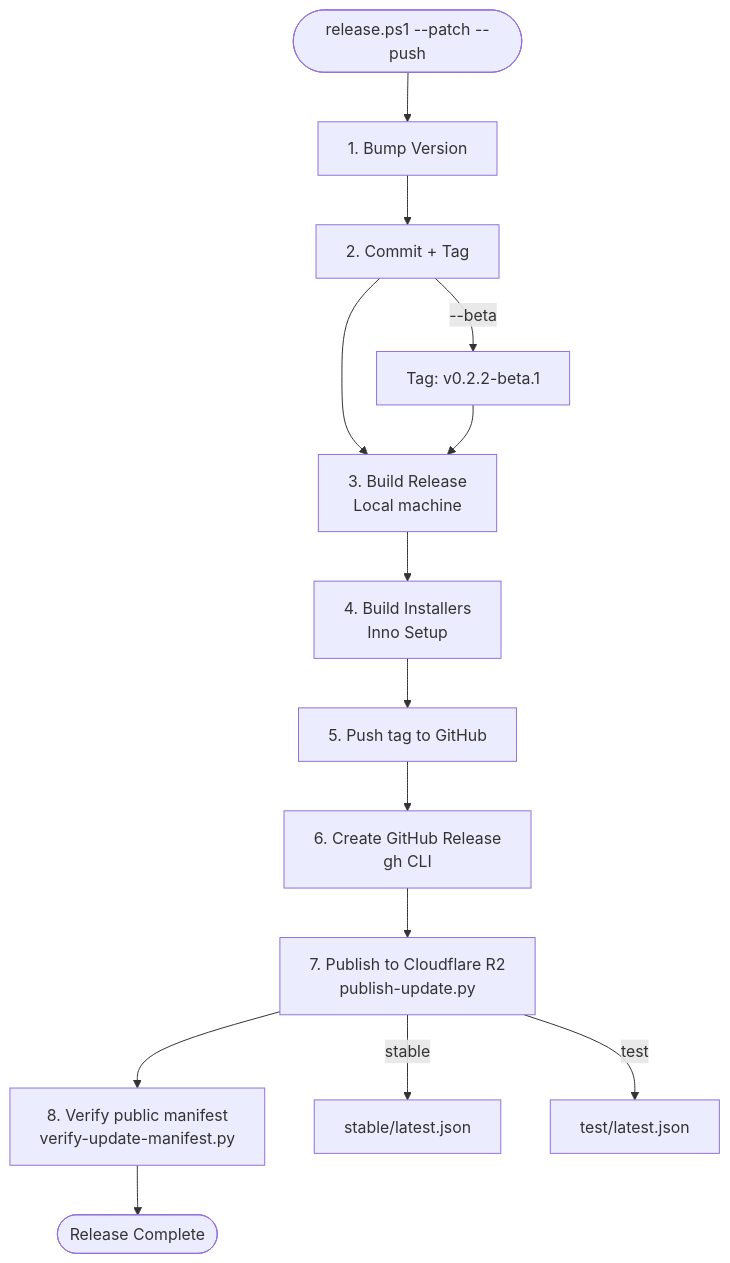
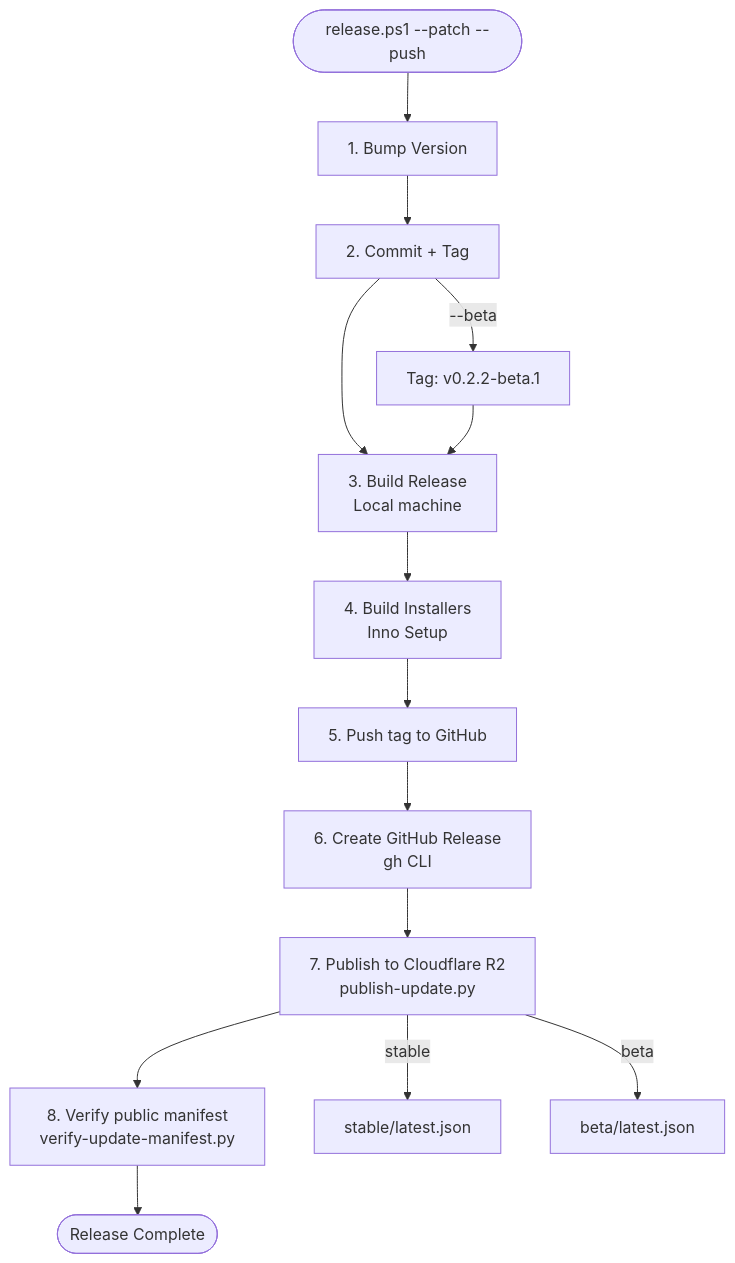
The diagram in docs/howto/release-workflow.md (KPT1020/mib-studio-qt), drawn with Mermaid before and after one commit. The commit also changed other lines of this file and 5 other files, not shown here.

````diff
--- a/docs/howto/release-workflow.md
+++ b/docs/howto/release-workflow.md
@@ -216,17 +230,17 @@
 ```mermaid
 flowchart TD
     Start([release.ps1 --patch --push]) --> Bump[1. Bump Version]
     Bump --> Commit[2. Commit + Tag]
     Commit --> Build[3. Build Release<br/>Local machine]
     Build --> Installers[4. Build Installers<br/>Inno Setup]
     Installers --> Push[5. Push tag to GitHub]
     Push --> GHRelease[6. Create GitHub Release<br/>gh CLI]
     GHRelease --> R2[7. Publish to Cloudflare R2<br/>publish-update.py]
     R2 --> Verify[8. Verify public manifest<br/>verify-update-manifest.py]
     Verify --> Done([Release Complete])
 
     Commit -->|--beta| BetaTag[Tag: v0.2.2-beta.1]
     BetaTag --> Build
     R2 -->|stable| Stable[stable/latest.json]
-    R2 -->|test| Test[test/latest.json]
+    R2 -->|beta| Beta[beta/latest.json]
 ```
````
